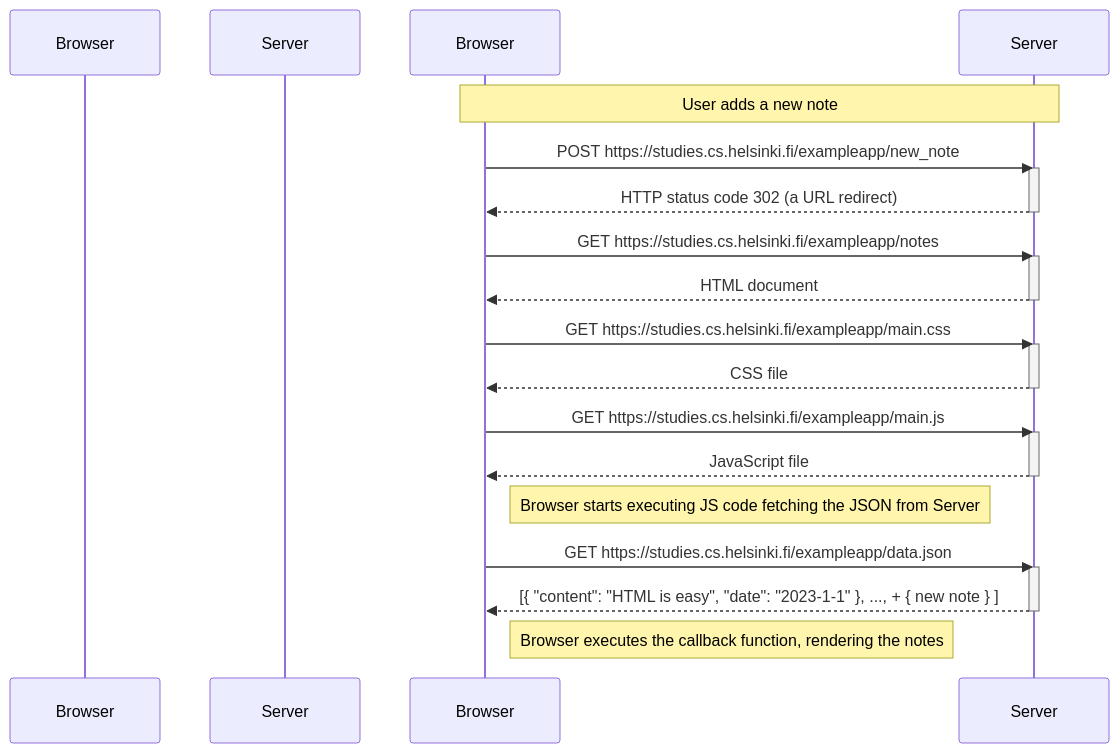
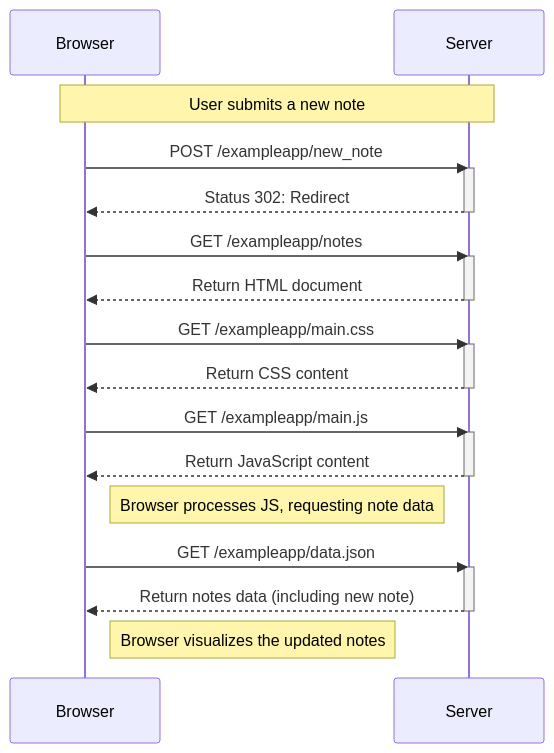
Before and after one commit to haronmerzaie/full_stack_open_part1-4: the diagram in part0/0.4_new_note_diagram.md, drawn with Mermaid.

Commit message:
Fixed Mermaid

````diff
--- a/part0/0.4_new_note_diagram.md
+++ b/part0/0.4_new_note_diagram.md
@@ -1,37 +1,36 @@
 ```mermaid
 sequenceDiagram
-    participant browser as Browser
-    participant server as Server
+    participant Browser
+    participant Server
 
-    Note over Browser,Server: User adds a new note
+    Note over Browser,Server: User submits a new note
 
-    Browser->>Server: POST https://studies.cs.helsinki.fi/exampleapp/new_note
+    Browser->>Server: POST /exampleapp/new_note
     activate Server
-    Server-->>Browser: HTTP status code 302 (a URL redirect)
+    Server-->>Browser: Status 302: Redirect
     deactivate Server
 
-    Browser->>Server: GET https://studies.cs.helsinki.fi/exampleapp/notes
+    Browser->>Server: GET /exampleapp/notes
     activate Server
-    Server-->>Browser: HTML document
+    Server-->>Browser: Return HTML document
     deactivate Server
 
-    Browser->>Server: GET https://studies.cs.helsinki.fi/exampleapp/main.css
+    Browser->>Server: GET /exampleapp/main.css
     activate Server
-    Server-->>Browser: CSS file
+    Server-->>Browser: Return CSS content
     deactivate Server
 
-    Browser->>Server: GET https://studies.cs.helsinki.fi/exampleapp/main.js
+    Browser->>Server: GET /exampleapp/main.js
     activate Server
-    Server-->>Browser: JavaScript file
+    Server-->>Browser: Return JavaScript content
     deactivate Server
 
-    Note right of Browser: Browser starts executing JS code fetching the JSON from Server
+    Note right of Browser: Browser processes JS, requesting note data
 
-    Browser->>Server: GET https://studies.cs.helsinki.fi/exampleapp/data.json
+    Browser->>Server: GET /exampleapp/data.json
     activate Server
-    Server-->>Browser: [{ "content": "HTML is easy", "date": "2023-1-1" }, ..., + { new note } ]
+    Server-->>Browser: Return notes data (including new note)
     deactivate Server
 
-    Note right of Browser: Browser executes the callback function, rendering the notes
-
+    Note right of Browser: Browser visualizes the updated notes
 ```
````
